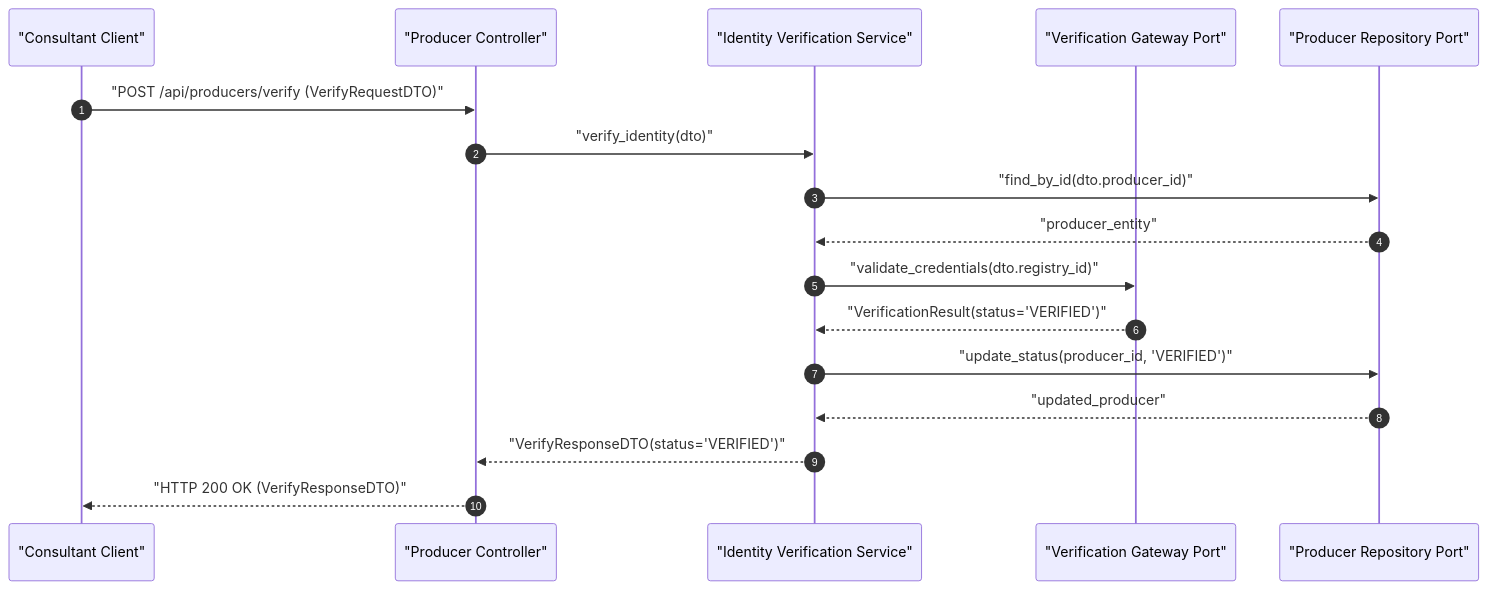
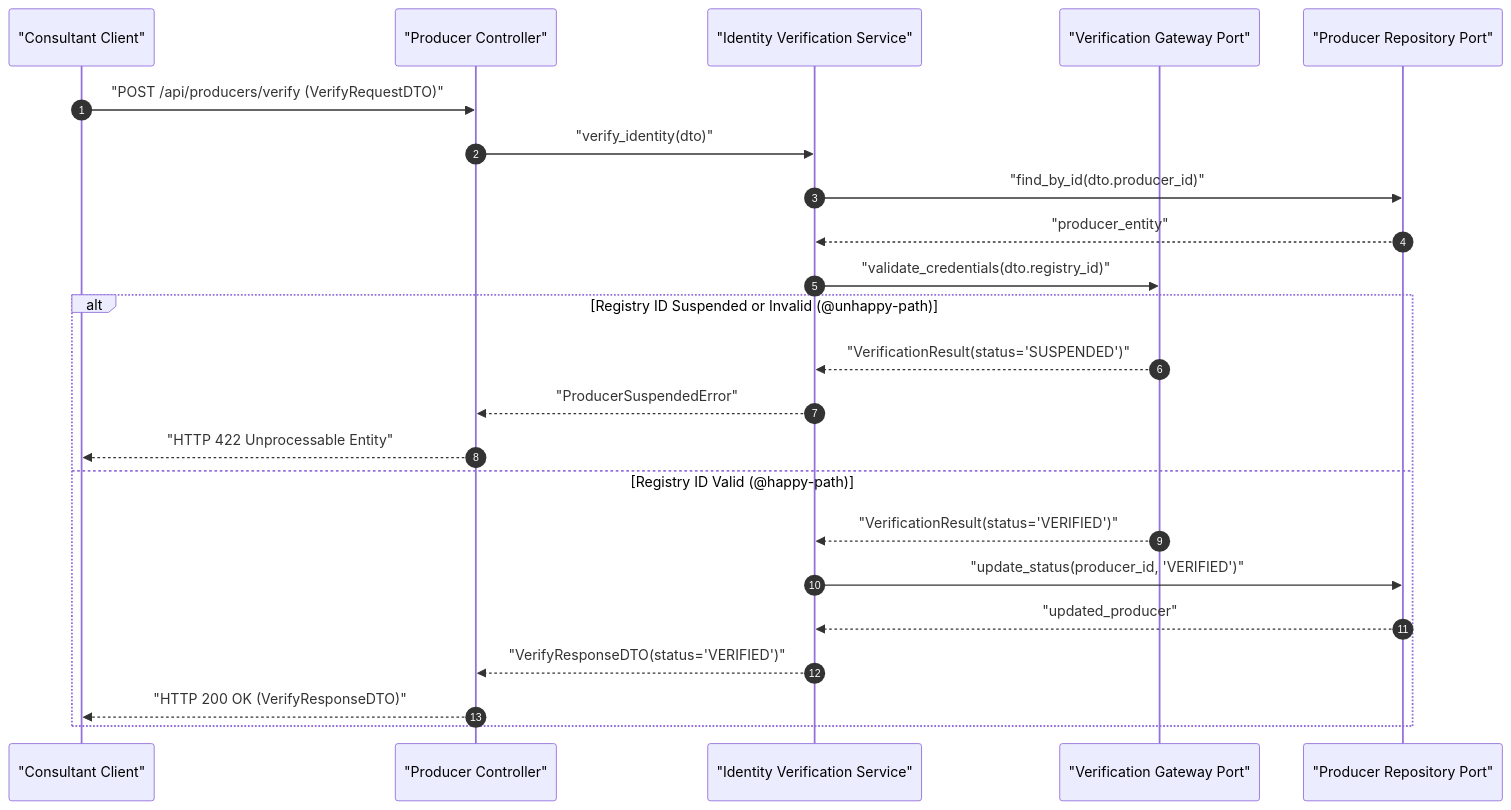
Before and after one commit to MarcosVeniciu/antigravity-agentic-skills: the first of 2 diagrams in skills/plan/examples/plan-example.md, drawn with Mermaid. The commit also changed other lines of this file and 10 other files, not shown here.

````diff
--- a/skills/plan/examples/plan-example.md
+++ b/skills/plan/examples/plan-example.md
@@ -72,20 +72,26 @@
 ```mermaid
 sequenceDiagram
     autonumber
     participant Client as "Consultant Client"
     participant Controller as "Producer Controller"
     participant Service as "Identity Verification Service"
     participant Gateway as "Verification Gateway Port"
     participant Repo as "Producer Repository Port"
 
     Client->>Controller: "POST /api/producers/verify (VerifyRequestDTO)"
     Controller->>Service: "verify_identity(dto)"
     Service->>Repo: "find_by_id(dto.producer_id)"
     Repo-->>Service: "producer_entity"
     Service->>Gateway: "validate_credentials(dto.registry_id)"
-    Gateway-->>Service: "VerificationResult(status='VERIFIED')"
-    Service->>Repo: "update_status(producer_id, 'VERIFIED')"
-    Repo-->>Service: "updated_producer"
-    Service-->>Controller: "VerifyResponseDTO(status='VERIFIED')"
-    Controller-->>Client: "HTTP 200 OK (VerifyResponseDTO)"
+    alt Registry ID Suspended or Invalid (@unhappy-path)
+        Gateway-->>Service: "VerificationResult(status='SUSPENDED')"
+        Service-->>Controller: "ProducerSuspendedError"
+        Controller-->>Client: "HTTP 422 Unprocessable Entity"
+    else Registry ID Valid (@happy-path)
+        Gateway-->>Service: "VerificationResult(status='VERIFIED')"
+        Service->>Repo: "update_status(producer_id, 'VERIFIED')"
+        Repo-->>Service: "updated_producer"
+        Service-->>Controller: "VerifyResponseDTO(status='VERIFIED')"
+        Controller-->>Client: "HTTP 200 OK (VerifyResponseDTO)"
+    end
 ```
````
